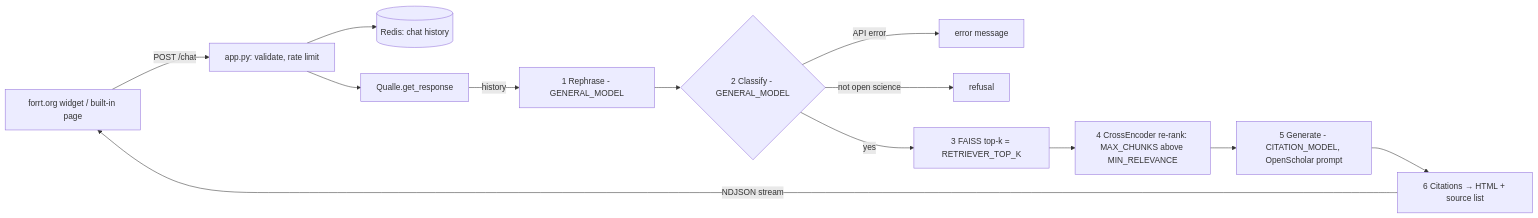
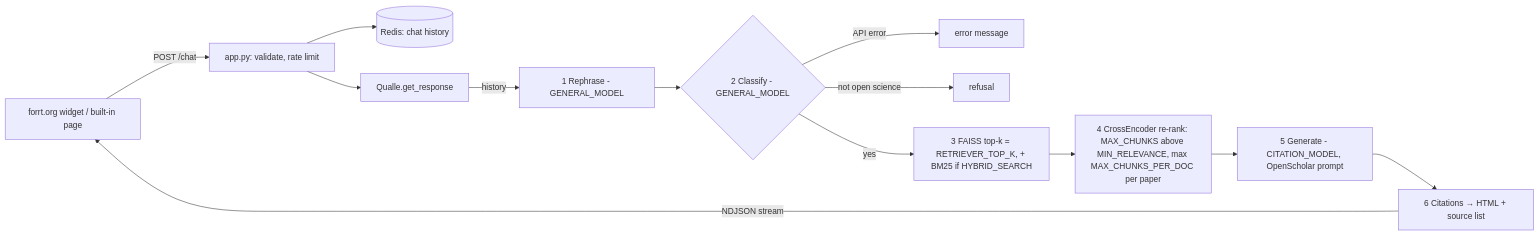
One commit to forrtproject/just-os-chatbot changed the diagram in docs/architecture.md. Above: the diagram before and after it, drawn with Mermaid. The commit also changed other lines of this file and 6 other files, not shown here.

First line of the commit message:
Add hybrid keyword + vector search and a per-paper chunk cap

````diff
--- a/docs/architecture.md
+++ b/docs/architecture.md
@@ -107,15 +109,15 @@
 ```mermaid
 flowchart LR
     W[forrt.org widget / built-in page] -->|POST /chat| A[app.py: validate, rate limit]
     A --> H[(Redis: chat history)]
     A --> Q[Qualle.get_response]
     Q -->|history| RP[1 Rephrase - GENERAL_MODEL]
     RP --> C{2 Classify - GENERAL_MODEL}
     C -->|API error| E[error message]
     C -->|not open science| R[refusal]
-    C -->|yes| F[3 FAISS top-k = RETRIEVER_TOP_K]
-    F --> X[4 CrossEncoder re-rank: MAX_CHUNKS above MIN_RELEVANCE]
+    C -->|yes| F[3 FAISS top-k = RETRIEVER_TOP_K, + BM25 if HYBRID_SEARCH]
+    F --> X[4 CrossEncoder re-rank: MAX_CHUNKS above MIN_RELEVANCE, max MAX_CHUNKS_PER_DOC per paper]
     X --> G[5 Generate - CITATION_MODEL, OpenScholar prompt]
     G --> P[6 Citations → HTML + source list]
     P -->|NDJSON stream| W
 ```
````
